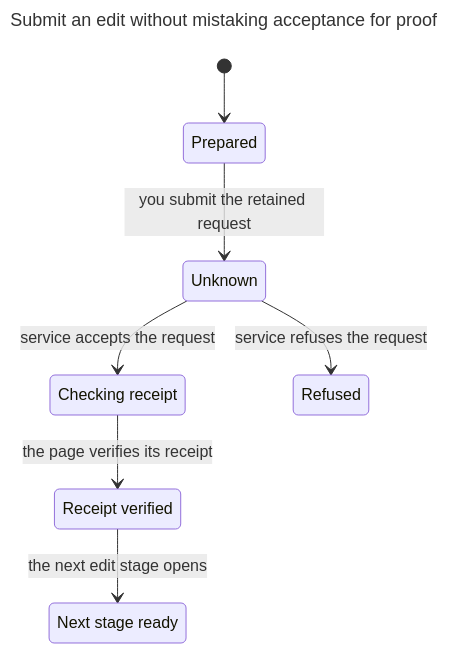
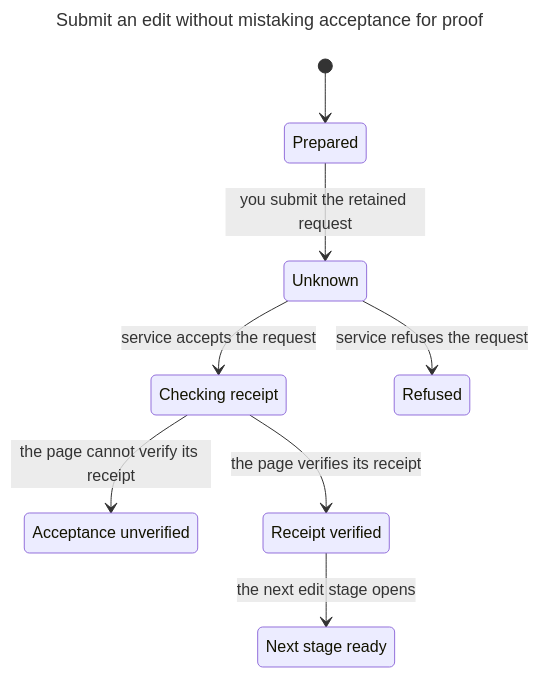
The third of 5 diagrams in verification/state-machines/README.md (generalbusiness-ai/dap), drawn with Mermaid before and after one commit. The commit also changed other lines of this file and 3 other files, not shown here.

Commit message:
Show unverified acceptance in the checked Editor chart

````diff
--- a/verification/state-machines/README.md
+++ b/verification/state-machines/README.md
@@ -111,18 +111,20 @@
 ```mermaid
 ---
 title: "Submit an edit without mistaking acceptance for proof"
 ---
 stateDiagram-v2
   s0: Prepared
   s1: Unknown
   s2: Checking receipt
   s3: Refused
-  s4: Receipt verified
-  s5: Next stage ready
+  s4: Acceptance unverified
+  s5: Receipt verified
+  s6: Next stage ready
   [*] --> s0
   s0 --> s1: you submit the retained request
   s1 --> s2: service accepts the request
   s1 --> s3: service refuses the request
-  s2 --> s4: the page verifies its receipt
-  s4 --> s5: the next edit stage opens
+  s2 --> s4: the page cannot verify its receipt
+  s2 --> s5: the page verifies its receipt
+  s5 --> s6: the next edit stage opens
 ```
````
